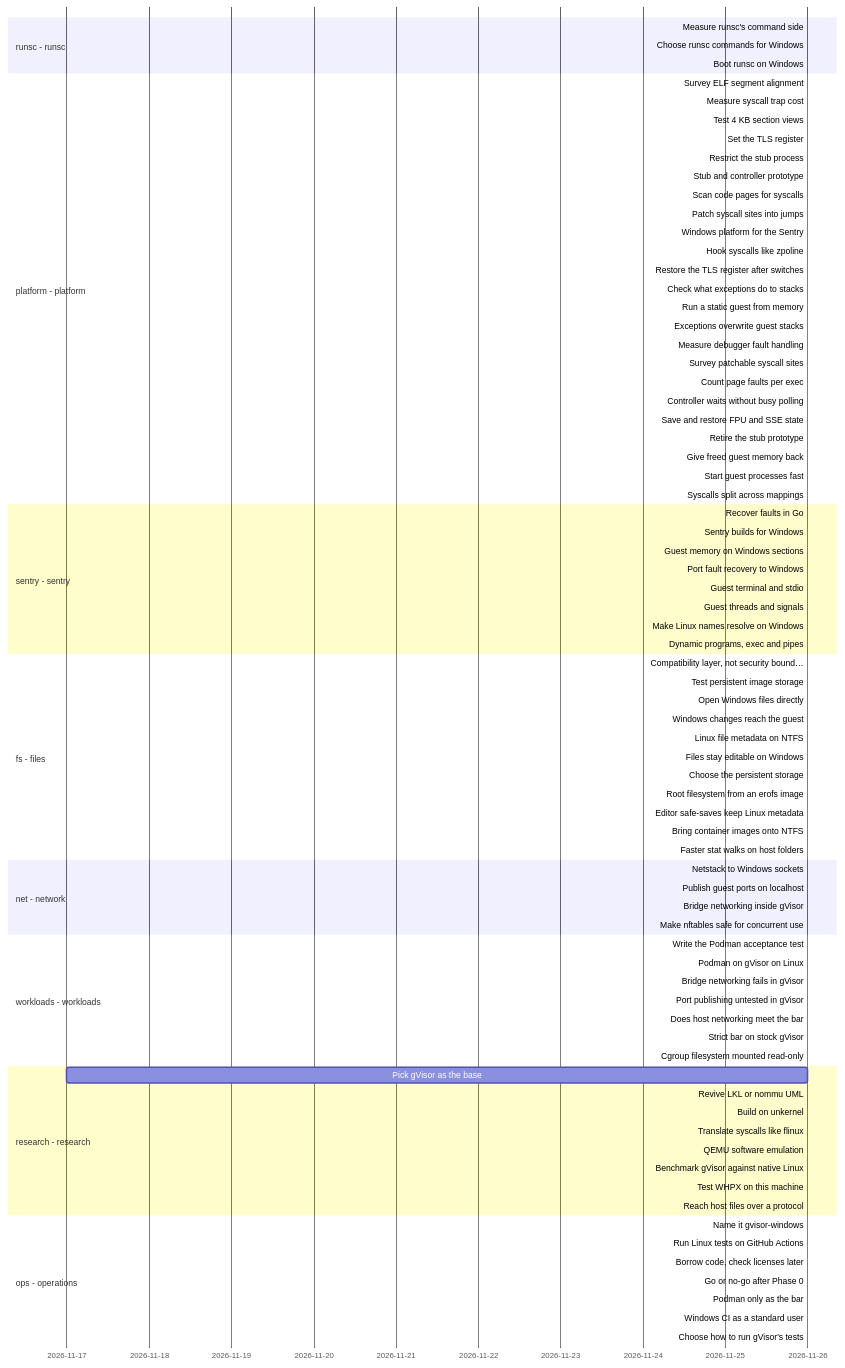
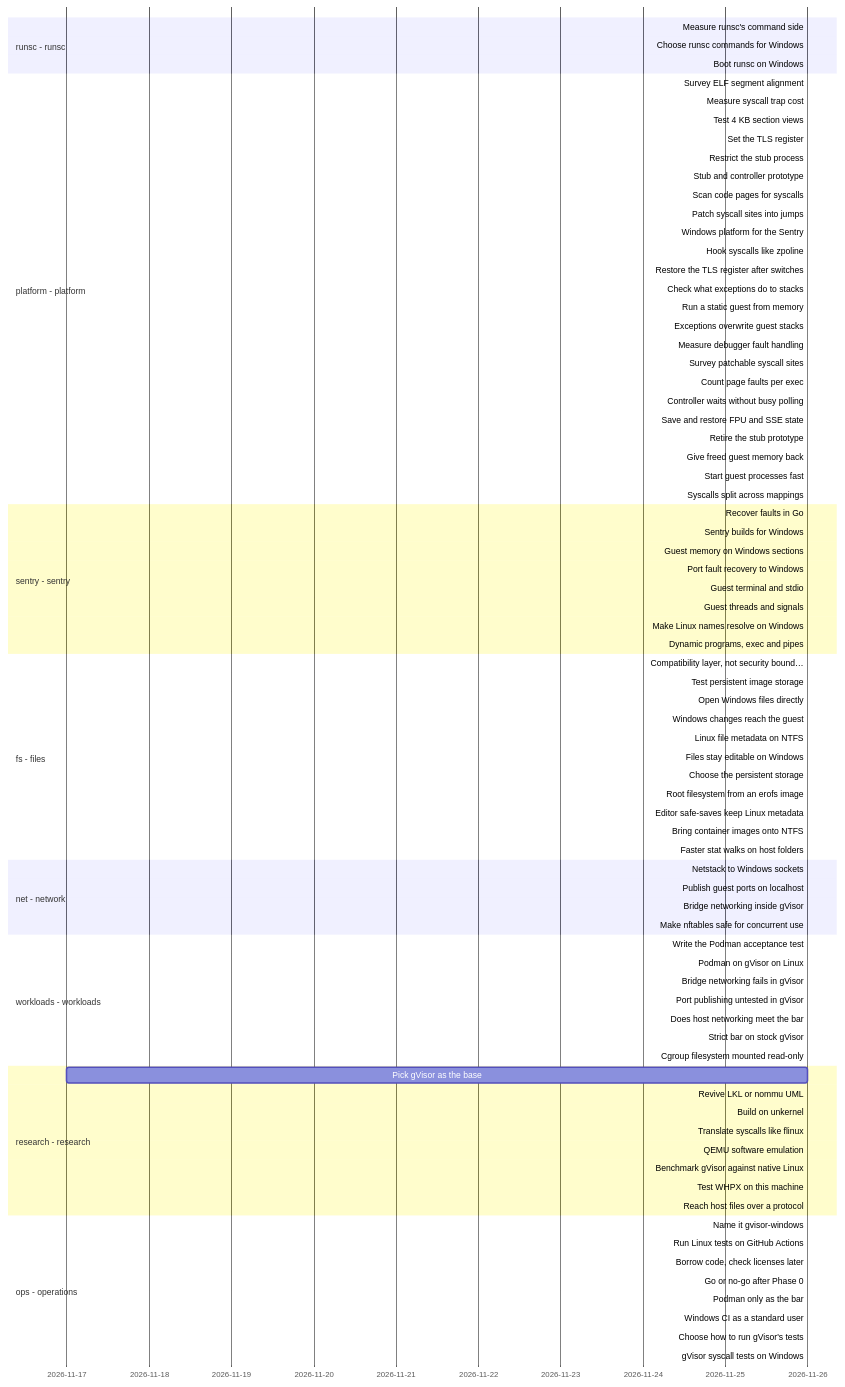
The diagram in docs/roadmap/timeline.md (lhns/gvisor-windows), drawn with Mermaid before and after one commit. The commit also changed other lines of this file and 4 other files, not shown here.

Commit message:
Start memory release and the syscall test suite on Windows

````diff
--- a/docs/roadmap/timeline.md
+++ b/docs/roadmap/timeline.md
@@ -36,7 +36,7 @@
     Controller waits without busy polling :platform_controller_wakeups, 2026-11-26, 2026-11-26
     Save and restore FPU and SSE state :platform_fp_state, 2026-11-26, 2026-11-26
     Retire the stub prototype :platform_retire_prototype, 2026-11-26, 2026-11-26
-    Give freed guest memory back :platform_memory_release, 2026-11-26, 2026-11-26
+    Give freed guest memory back :active, platform_memory_release, 2026-11-26, 2026-11-26
     Start guest processes fast :platform_fast_process_start, 2026-11-26, 2026-11-26
     Syscalls split across mappings :platform_split_syscall_unpatched, 2026-11-26, 2026-11-26
     section sentry - sentry
@@ -90,4 +90,5 @@
     Podman only as the bar :ops_podman_only_the_bar, 2026-11-26, 2026-11-26
     Windows CI as a standard user :ops_windows_ci_standard_user, 2026-11-26, 2026-11-26
     Choose how to run gVisor's tests :ops_syscall_test_strategy, 2026-11-26, 2026-11-26
+    gVisor syscall tests on Windows :active, ops_syscall_tests_on_windows, 2026-11-26, 2026-11-26
 ```
````
